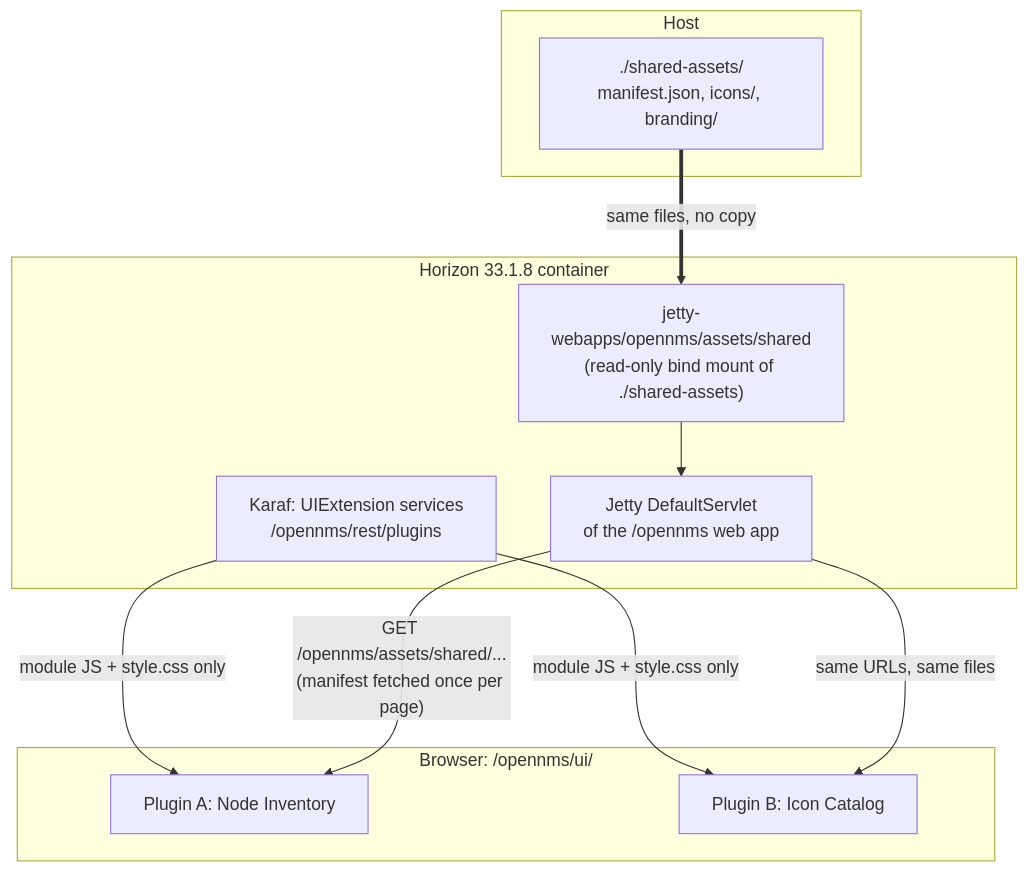
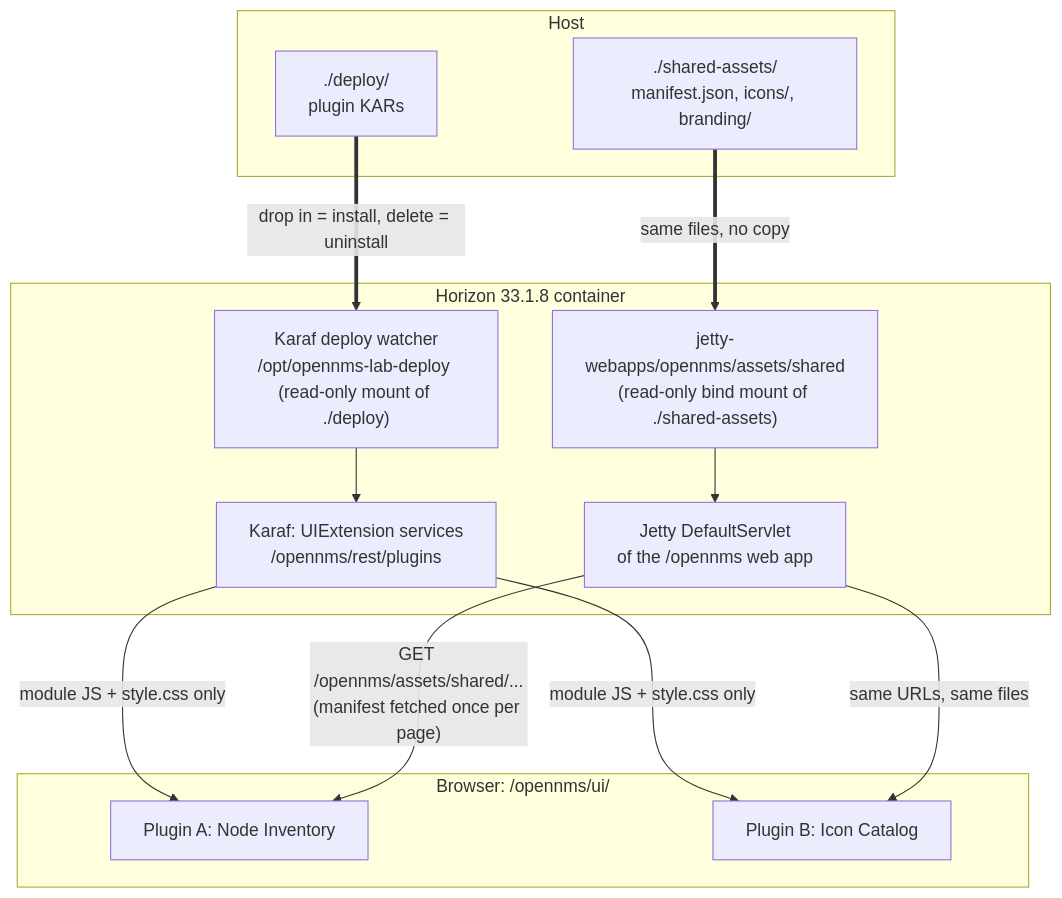
One commit to ishtiaq2/opennms-plugins changed the diagram in opennms-shared-plugin-assets/docs/README.md. Above: the diagram before and after it, drawn with Mermaid. The commit also changed other lines of this file and 34 other files, not shown here.

````diff
--- a/opennms-shared-plugin-assets/docs/README.md
+++ b/opennms-shared-plugin-assets/docs/README.md
@@ -28,21 +32,25 @@
 ```mermaid
 flowchart TB
   subgraph Host
     F["./shared-assets/<br/>manifest.json, icons/, branding/"]
+    D["./deploy/<br/>plugin KARs"]
   end
   subgraph Container["Horizon 33.1.8 container"]
     M["jetty-webapps/opennms/assets/shared<br/>(read-only bind mount of ./shared-assets)"]
     DS["Jetty DefaultServlet<br/>of the /opennms web app"]
+    W["Karaf deploy watcher<br/>/opt/opennms-lab-deploy (read-only mount of ./deploy)"]
     K["Karaf: UIExtension services<br/>/opennms/rest/plugins"]
   end
   subgraph Browser["Browser: /opennms/ui/"]
     A["Plugin A: Node Inventory"]
     B["Plugin B: Icon Catalog"]
   end
   F == "same files, no copy" ==> M
+  D == "drop in = install, delete = uninstall" ==> W
+  W --> K
   M --> DS
   K -- "module JS + style.css only" --> A
   K -- "module JS + style.css only" --> B
   DS -- "GET /opennms/assets/shared/...<br/>(manifest fetched once per page)" --> A
   DS -- "same URLs, same files" --> B
 ```
````
